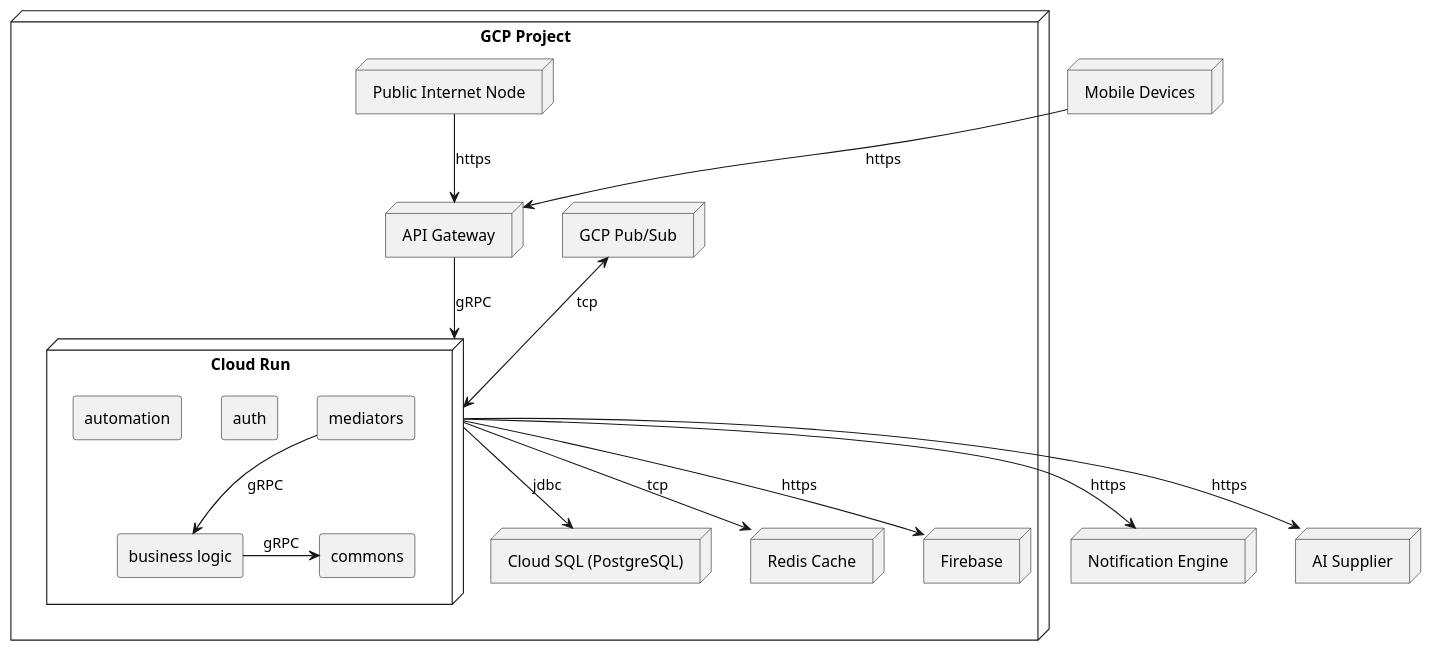
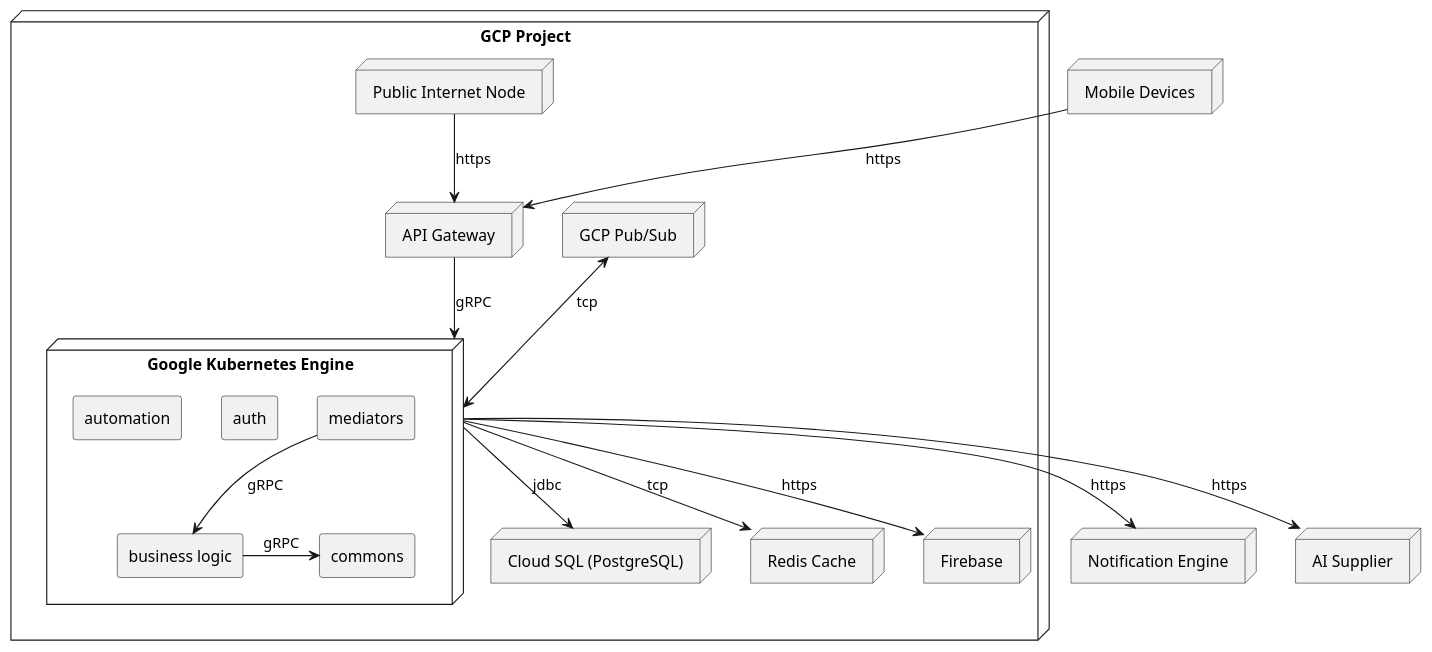
Before and after one commit to MISO-Proyecto-Final/Entregas-Proyecto-Final-G2: the diagram in Semana 5/diagramas-arquitectura/DeploymentViewPoint/1.Nodos.puml, drawn with PlantUML. The commit also changed 1 other file, not shown here.

Commit message:
feat: actualizacion de diagramas de despliegue

```diff
--- a/Semana 5/diagramas-arquitectura/DeploymentViewPoint/1.Nodos.puml
+++ b/Semana 5/diagramas-arquitectura/DeploymentViewPoint/1.Nodos.puml
@@ -1,71 +1,71 @@
 @startuml deployment-diagram
 skinparam packageStyle rectangle
 
 node "GCP Project" {
     node "API Gateway" {
     }
 
-    node "Cloud Run" {
+    node "Google Kubernetes Engine" {
 
         rectangle mediators {
         }
 
         rectangle auth {
         }
 
         rectangle "business logic" {
         }
 
         rectangle automation {
         }
 
         [mediators] -down-> [business logic] : gRPC
         [business logic] -right-> [commons] : gRPC
 
         rectangle commons {
         }
 
         
         
     }
 
     node "Cloud SQL (PostgreSQL)" {
     }
 
     node "Redis Cache" {
     }
     
     node "Public Internet Node" {
     }
 
     node "GCP Pub/Sub" {
     }
 
     node "Firebase" {
     }
 }
 
 node "Mobile Devices" {
 }
 
 node "Notification Engine" {
 }
 
 node "AI Supplier" {
 }
 
 [Public Internet Node] -down-> [API Gateway] : https
 [Mobile Devices] -down-> [API Gateway] : https
 
-[API Gateway] -down-> [Cloud Run] : gRPC
-[Cloud Run] -down-> [Cloud SQL (PostgreSQL)] : jdbc
-[Cloud Run] -down-> [Redis Cache] : tcp
-[Cloud Run] <-up-> [GCP Pub/Sub] : tcp
-[Cloud Run] -down-> [Firebase] : https
-[Cloud Run] -down-> [Notification Engine] : https
+[API Gateway] -down-> [Google Kubernetes Engine] : gRPC
+[Google Kubernetes Engine] -down-> [Cloud SQL (PostgreSQL)] : jdbc
+[Google Kubernetes Engine] -down-> [Redis Cache] : tcp
+[Google Kubernetes Engine] <-up-> [GCP Pub/Sub] : tcp
+[Google Kubernetes Engine] -down-> [Firebase] : https
+[Google Kubernetes Engine] -down-> [Notification Engine] : https
 
-[Cloud Run] -down-> [AI Supplier] : https
+[Google Kubernetes Engine] -down-> [AI Supplier] : https
 
 
 
 @enduml
```
